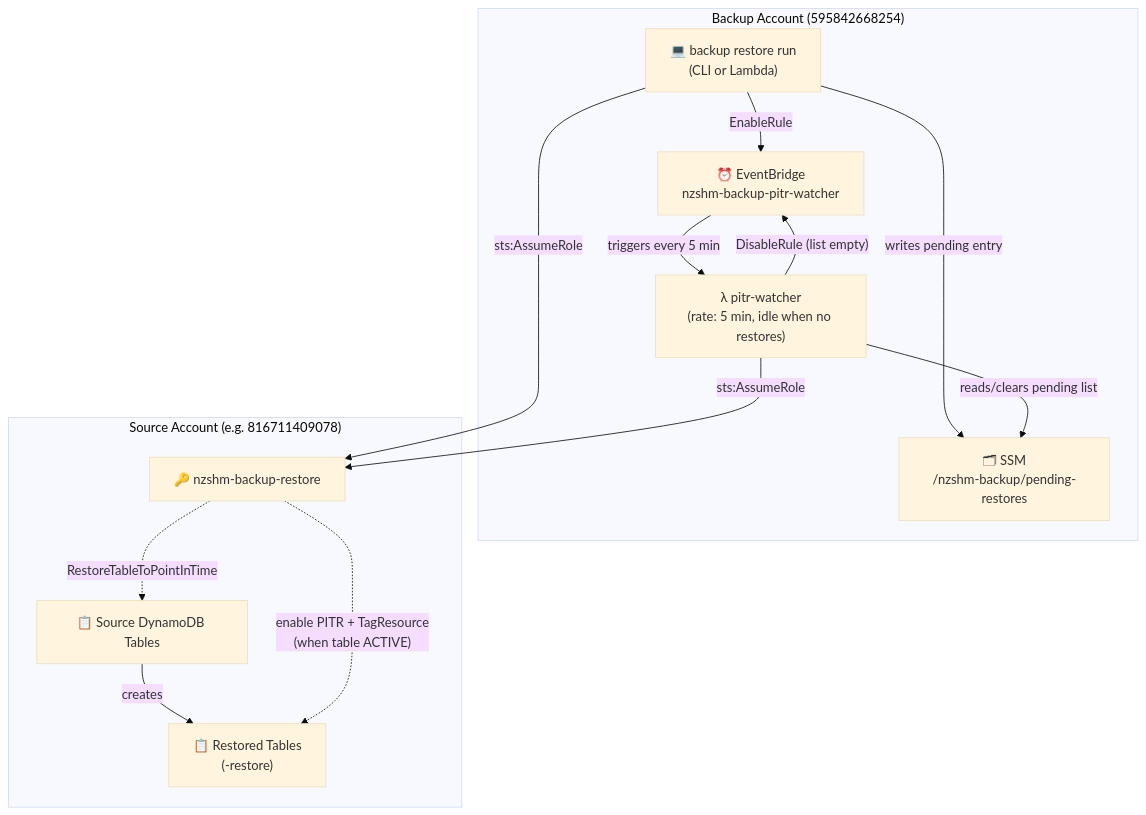
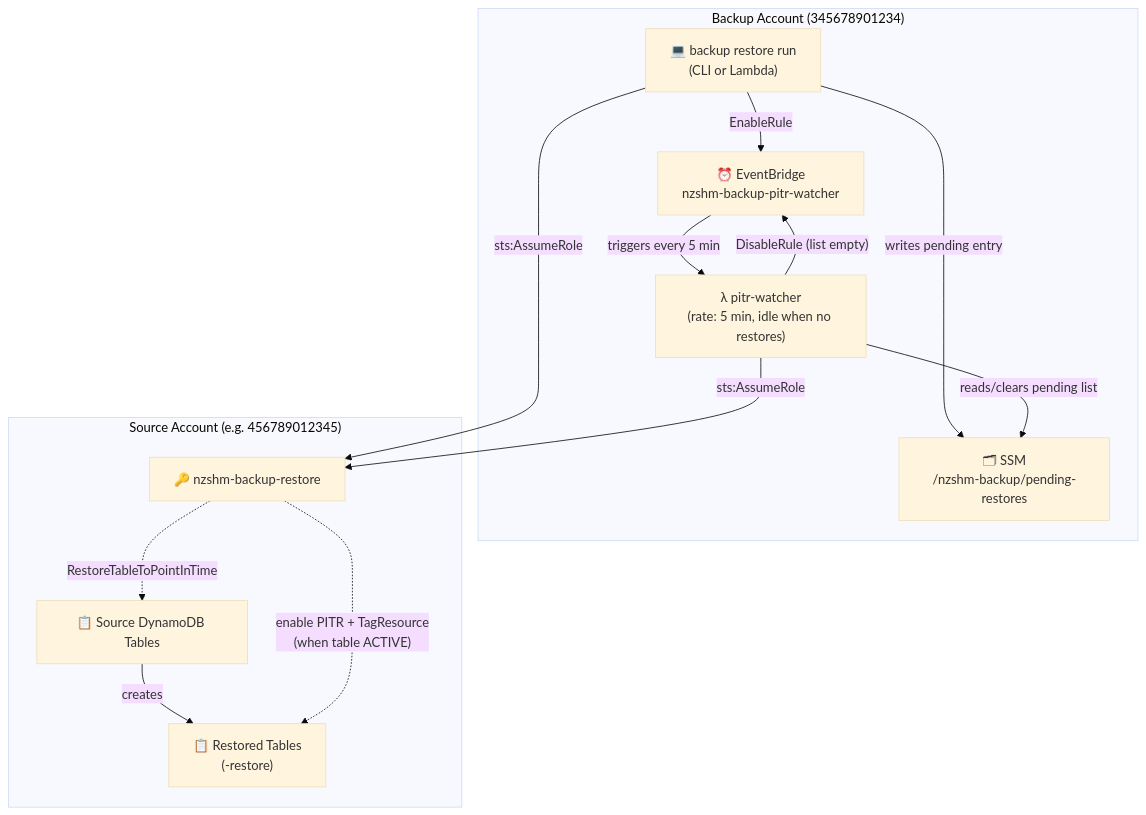
The third of 4 diagrams in docs/architecture/overview.md (GNS-Science/aws-snapshot), drawn with Mermaid (base theme) before and after one commit. The commit also changed other lines of this file and 21 other files, not shown here.

````diff
--- a/docs/architecture/overview.md
+++ b/docs/architecture/overview.md
@@ -105,26 +105,26 @@
 ```mermaid
 graph TB
-    subgraph backup["Backup Account (595842668254)"]
+    subgraph backup["Backup Account (345678901234)"]
         CLI["💻 backup restore run\n(CLI or Lambda)"]
         PW["λ pitr-watcher\n(rate: 5 min, idle when no restores)"]
         SSM2["🗂 SSM\n/nzshm-backup/pending-restores"]
         EB2["⏰ EventBridge\nnzshm-backup-pitr-watcher"]
     end
 
-    subgraph source["Source Account (e.g. 816711409078)"]
+    subgraph source["Source Account (e.g. 456789012345)"]
         RESTORE["🔑 nzshm-backup-restore"]
         DDB["📋 Source DynamoDB Tables"]
         DDB2["📋 Restored Tables\n(<name>-restore)"]
     end
 
     CLI -->|"sts:AssumeRole"| RESTORE
     RESTORE -.->|"RestoreTableToPointInTime"| DDB
     DDB -->|"creates"| DDB2
     CLI -->|"writes pending entry"| SSM2
     CLI -->|"EnableRule"| EB2
     EB2 -->|"triggers every 5 min"| PW
     PW -->|"reads/clears pending list"| SSM2
     PW -->|"sts:AssumeRole"| RESTORE
     RESTORE -.->|"enable PITR + TagResource\n(when table ACTIVE)"| DDB2
     PW -->|"DisableRule (list empty)"| EB2
 ```
````
